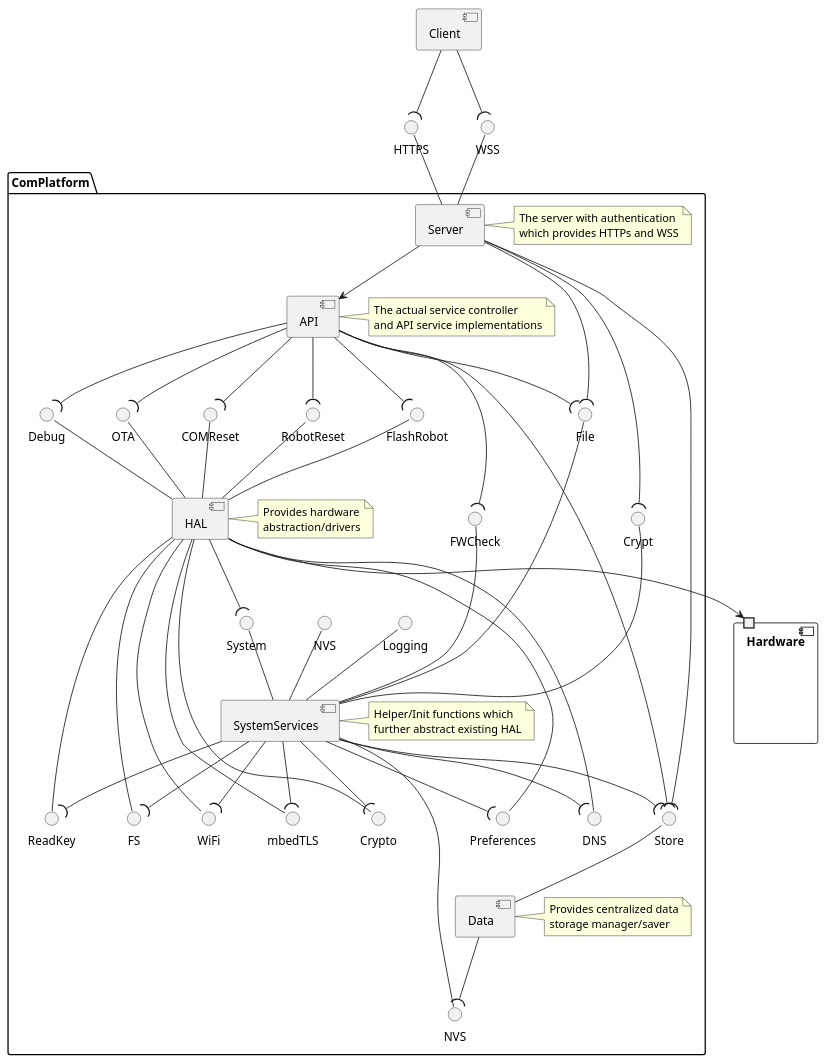
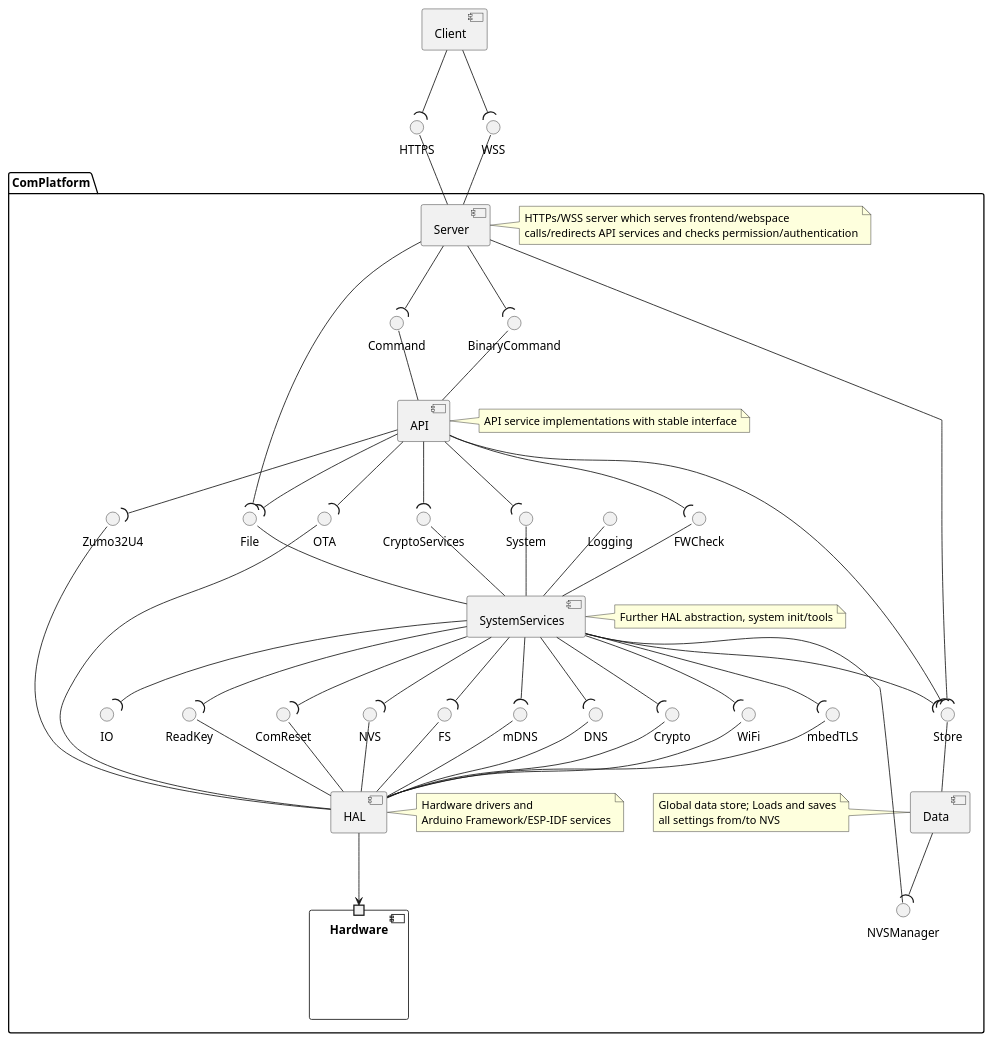
The diagram in doc/architecture/server/01_Server_Logical_ARCH.plantuml (NewTec-GmbH/ZumoComSystem), drawn with PlantUML before and after one commit. The commit also changed 3 other files, not shown here.

Commit message:
refactor(doc): Update architecture diagrams

```diff
--- a/doc/architecture/server/01_Server_Logical_ARCH.plantuml
+++ b/doc/architecture/server/01_Server_Logical_ARCH.plantuml
@@ -1,108 +1,114 @@
 @startuml
-interface "WSS" as WSS
-interface "HTTPS" as HTTPS
+' Server interface
+interface "WSS"
+interface "HTTPS"
 
 component "Client" as client {
     client -down-(WSS
     client -down-(HTTPS
 }
 
-component "Hardware" as hardware {
-    port " " as hardwareport
-}
+package ComPlatform {
+    ' API interface
+    interface "Command"
+    interface "BinaryCommand"
 
-package ComPlatform {
-    interface "Preferences" as preferences
-    interface "Debug" as Debug
-    interface "FlashRobot" as FlashRobot
-    interface "RobotReset" as RobotReset
-    interface "COMReset" as ComReset
-    interface "ReadKey" as ReadKey
-    interface "Crypto" as Crypto
-    interface "mbedTLS" as mbedtls
-    interface "WiFi" as WiFi
-    interface "DNS" as DNS
-    interface "FS" as FS
-    interface "OTA" as ota
+    ' HAL inteface (with Arduino framework + ESP-IDF)
+    interface "ComReset"
+    interface "ReadKey"
+    interface "Crypto"
+    interface "mbedTLS"
+    interface "WiFi"
+    interface "DNS"
+    interface "mDNS"
+    interface "OTA"
+    interface "FS"
+    interface "NVS"
+    interface "IO"
+    interface "Zumo32U4"
 
-    interface "System" as System
+    ' System Services interface
+    interface "File"
+    interface "CryptoServices"
+    interface "NVSManager"
+    interface "Logging"
+    interface "FWCheck"
+    interface "System"
 
-    interface "FWCheck" as FWCheck
-    interface "File" as File
-    interface "Crypt" as Crypt
-    interface "NVS" as nvs
-    interface "Store" as Store
-    interface "Logging" as Logging
-    interface "NVS" as NVSHAL
+    ' Data interface
+    interface "Store"
 
-    component "HAL" as hal {
-        hal -up- Debug
-        hal -up- FlashRobot
-        hal -up- RobotReset
-        hal -up- ComReset
-        hal -up- ReadKey
-        hal -up- Crypto
-        hal -up- mbedtls
-        hal -up- WiFi
-        hal -up- DNS
-        hal -up- preferences
-        hal -up- FS
-        hal -up- ota
+    component "Hardware" as hardware {
+        port " " as hardwareport
+    }
 
-        hal -down-> hardwareport
-        hal -down-( System
+    component "HAL" {
+        HAL-up-ComReset
+        HAL-up-ReadKey
+        HAL-up-Zumo32U4
+        HAL-up-Crypto
+        HAL-up-mbedTLS
+        HAL-up-WiFi
+        HAL-up-DNS
+        HAL-up-mDNS
+        HAL-up-OTA
+        HAL-up-FS
+        HAL-up-NVS
+
+        HAL-down->hardwareport
     }
-    note right of hal : Provides hardware\nabstraction/drivers
+    note right of HAL : Hardware drivers and\nArduino Framework/ESP-IDF services
 
-    component "Data" as data {
-        data -up- Store
+    component "Data" {
+        Data-up-Store
+        Data-down-(NVSManager
+    }
+    note left of Data : Global data store; Loads and saves\nall settings from/to NVS
 
-        data -down-(NVSHAL
+    component "SystemServices" {
+        SystemServices-up-FWCheck
+        SystemServices-up-File
+        SystemServices-up-CryptoServices
+        SystemServices-up-NVSManager
+        SystemServices-up-System
+        SystemServices-up-Logging
+
+        SystemServices-down-(ReadKey
+        SystemServices-down-(Crypto
+        SystemServices-down-(mbedTLS
+        SystemServices-down-(FS
+        SystemServices-down-(WiFi
+        SystemServices-down-(DNS
+        SystemServices-down-(mDNS
+        SystemServices-down-(NVS
+        SystemServices-down-(Store
+        SystemServices-down-(ComReset
+        SystemServices-down-(IO
     }
-    note right of data : Provides centralized data\nstorage manager/saver
+    note right of SystemServices : Further HAL abstraction, system init/tools
 
-    component "API" as api {
-        api -down-(File
-        api -down-(ota
-        api -down-(Store
-        api -down-(FWCheck
-        api -down-(ComReset
-        api -down-(Debug
-        api -down-(RobotReset
-        api -down-(FlashRobot
+    component "API"{
+        API -up- BinaryCommand
+        API -up- Command
+
+        API-down-(File
+        API-down-(Store
+        API-down-(FWCheck
+        API-down-(OTA
+        API-down-(Zumo32U4
+        API-down-(CryptoServices
+        API-down-(System
     }
-    note right of api : The actual service controller\nand API service implementations
+    note right of API : API service implementations with stable interface
 
-    component "Server" as server {
-        server -up- WSS
-        server -up- HTTPS
+    component "Server"{
+        Server-up-WSS
+        Server-up-HTTPS
 
-        server -down-(File
-        server -down-(Store
-        server -down-(Crypt
-
-        server --> api
+        Server-down-(File
+        Server-down-(Store
+        Server-down-(BinaryCommand
+        Server-down-(Command
     }
-    note right of server : The server with authentication\nwhich provides HTTPs and WSS
-
-    component "SystemServices" as systemservices {
-        systemservices -up- FWCheck
-        systemservices -up- File
-        systemservices -up- Crypt
-        systemservices -up- nvs
-        systemservices -up- System
-        systemservices -up- Logging
-        systemservices -up- NVSHAL
-
-        systemservices -down-(ReadKey
-        systemservices -down-(Crypto
-        systemservices -down-(mbedtls
-        systemservices -down-(FS
-        systemservices -down-(WiFi
-        systemservices -down-(DNS
-        systemservices -down-(preferences
-        systemservices -down-(Store
-    }
-    note right of systemservices : Helper/Init functions which\nfurther abstract existing HAL
-}
-@enduml
+    note right of Server : HTTPs/WSS server which serves frontend/webspace\ncalls/redirects API services and checks permission/authentication
+    @enduml
```
